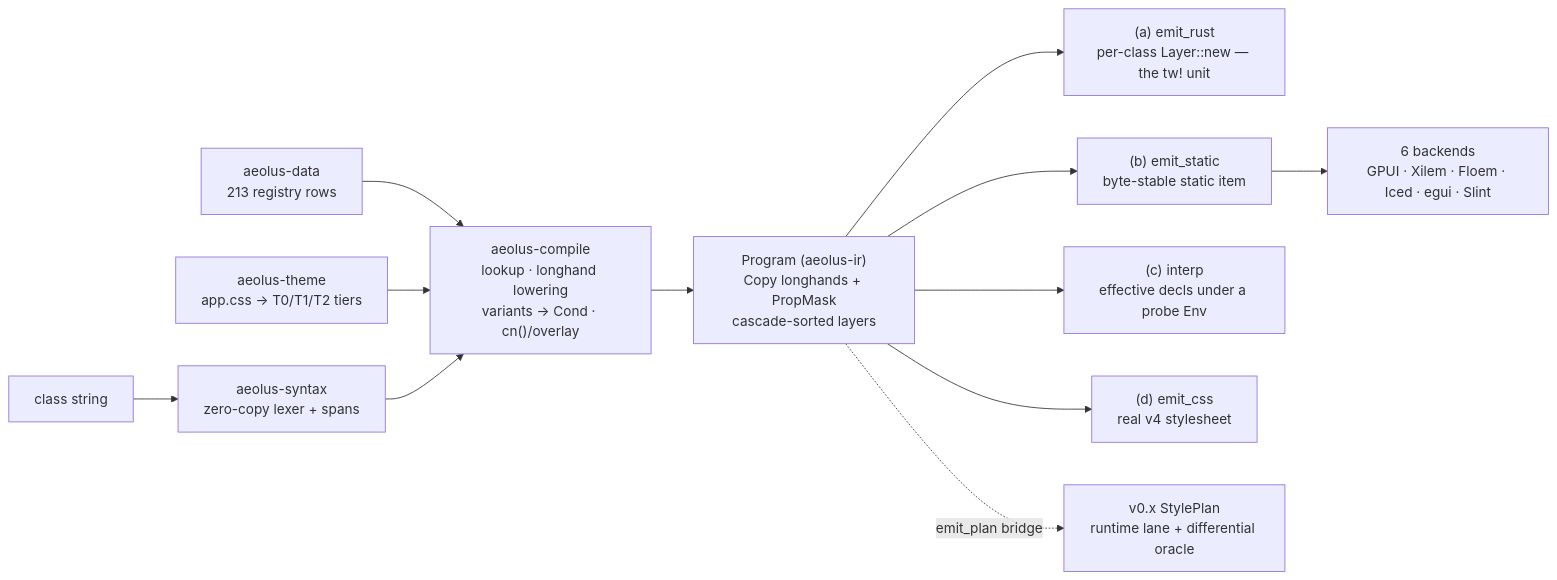
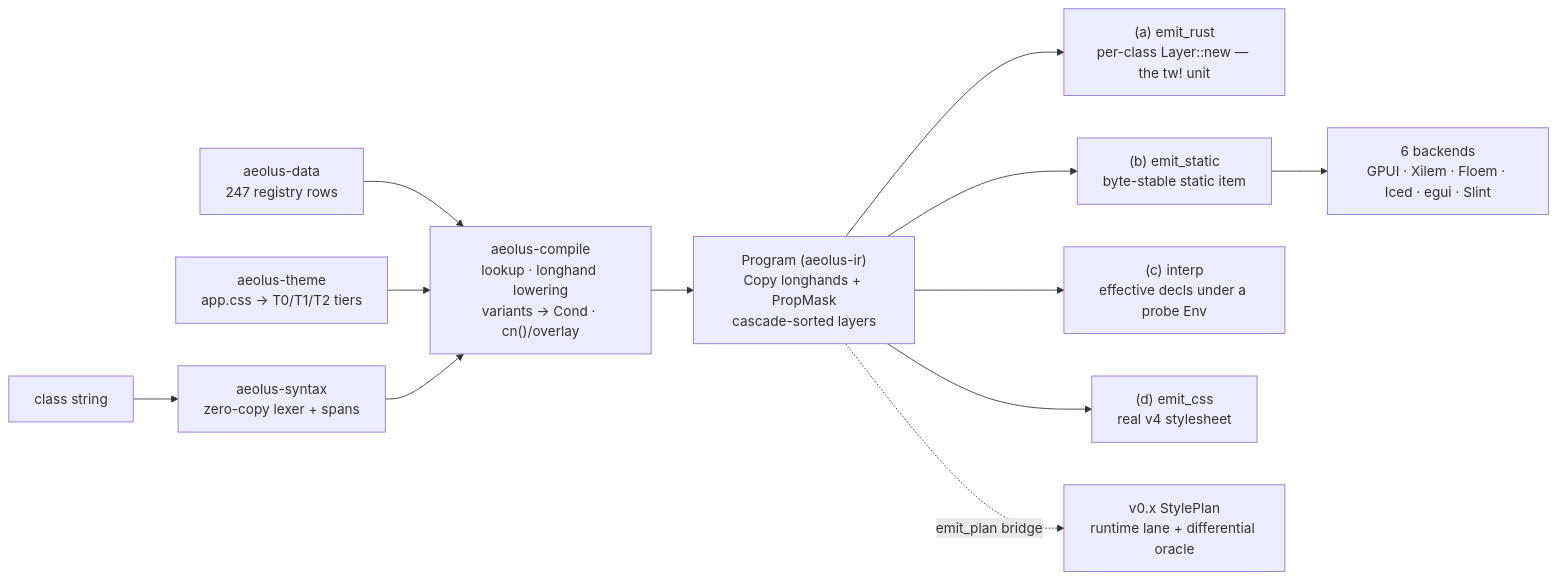
One commit to elcoosp/aeolus changed the diagram in README.md. Above: the diagram before and after it, drawn with Mermaid. The commit also changed other lines of this file, not shown here.

````diff
--- a/README.md
+++ b/README.md
@@ -209,14 +209,14 @@
 ```mermaid
 flowchart LR
     A["class string"] --> S["aeolus-syntax<br/>zero-copy lexer + spans"]
-    D["aeolus-data<br/>213 registry rows"] --> C
+    D["aeolus-data<br/>247 registry rows"] --> C
     T["aeolus-theme<br/>app.css → T0/T1/T2 tiers"] --> C
     S --> C["aeolus-compile<br/>lookup · longhand lowering<br/>variants → Cond · cn()/overlay"]
     C --> P["Program (aeolus-ir)<br/>Copy longhands + PropMask<br/>cascade-sorted layers"]
     P --> R["(a) emit_rust<br/>per-class Layer::new — the tw! unit"]
     P --> B["(b) emit_static<br/>byte-stable static item"]
     P --> I["(c) interp<br/>effective decls under a probe Env"]
     P --> X["(d) emit_css<br/>real v4 stylesheet"]
     B --> BK["6 backends<br/>GPUI · Xilem · Floem · Iced · egui · Slint"]
     P -. "emit_plan bridge" .-> SP["v0.x StylePlan<br/>runtime lane + differential oracle"]
 ```
````
